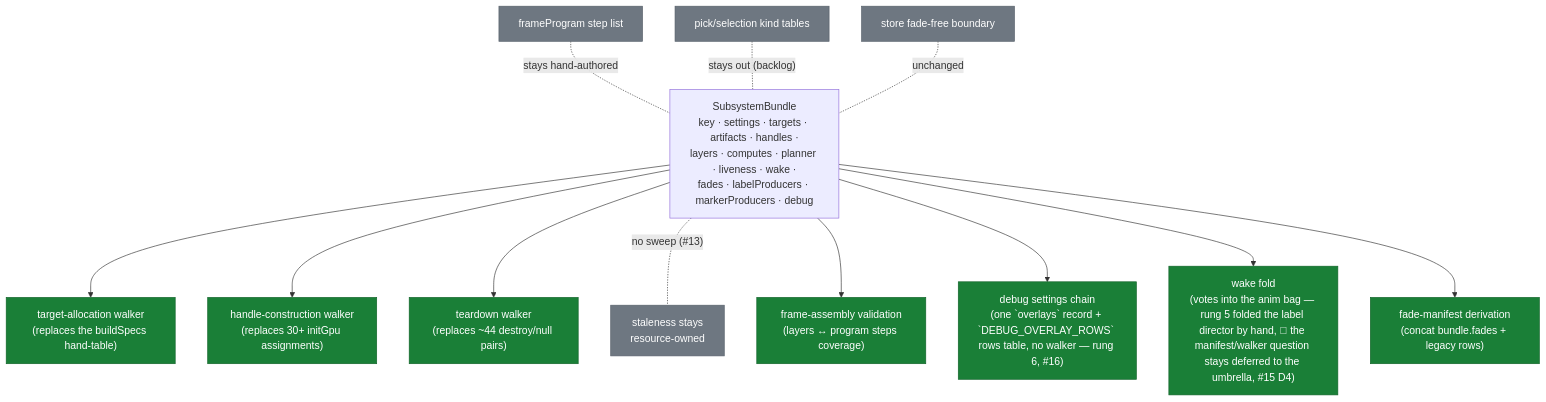
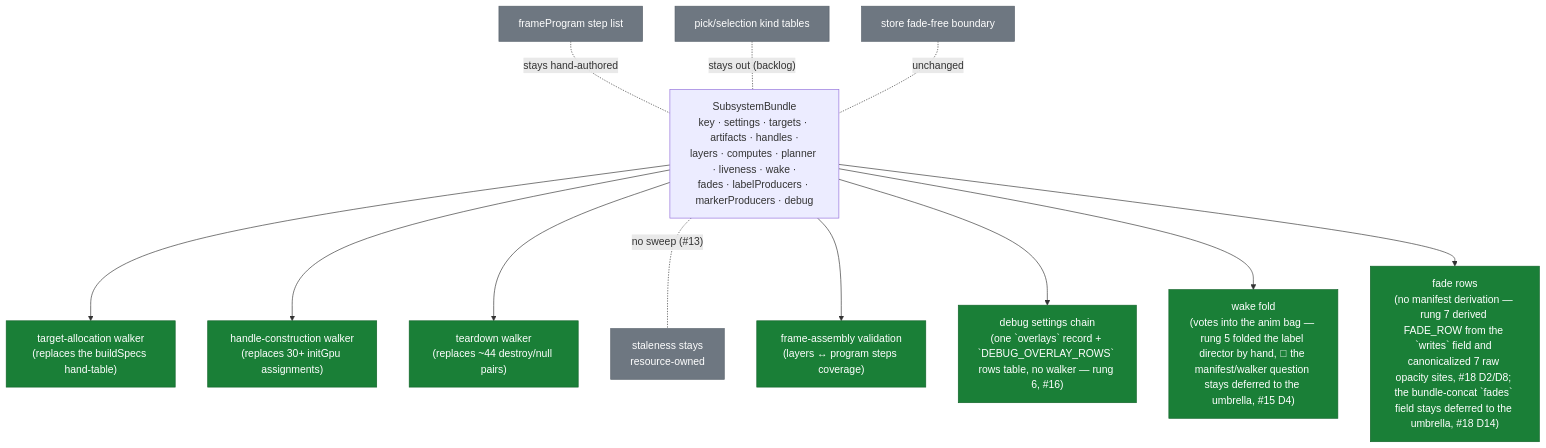
The fifth of 5 diagrams in docs/research/engine/current-contracts-map.md (rulkens/skymap), drawn with Mermaid before and after one commit. The commit also changed other lines of this file and 5 other files, not shown here.

First line of the commit message:
docs(research): decision #18 — rung 7 fade-rows rulings; discharge caption-handles backlog item

````diff
--- a/docs/research/engine/current-contracts-map.md
+++ b/docs/research/engine/current-contracts-map.md
@@ -224,19 +224,19 @@
 ```mermaid
 flowchart TD
     B["SubsystemBundle<br/>key · settings · targets · artifacts · handles ·<br/>layers · computes · planner · liveness · wake ·<br/>fades · labelProducers · markerProducers · debug"]
     B --> W1["target-allocation walker<br/>(replaces the buildSpecs hand-table)"]
     B --> W2["handle-construction walker<br/>(replaces 30+ initGpu assignments)"]
     B --> W3["teardown walker<br/>(replaces ~44 destroy/null pairs)"]
     B -. no sweep (#13) .- W4["staleness stays<br/>resource-owned"]
     B --> W5["frame-assembly validation<br/>(layers ↔ program steps coverage)"]
     B --> W6["debug settings chain<br/>(one `overlays` record + `DEBUG_OVERLAY_ROWS` rows table, no walker — rung 6, #16)"]
     B --> W7["wake fold<br/>(votes into the anim bag — rung 5 folded the label director by hand, #15; the manifest/walker question stays deferred to the umbrella, #15 D4)"]
-    B --> W8["fade-manifest derivation<br/>(concat bundle.fades + legacy rows)"]
+    B --> W8["fade rows<br/>(no manifest derivation — rung 7 derived FADE_ROW from the `writes` field and canonicalized 7 raw opacity sites, #18 D2/D8; the bundle-concat `fades` field stays deferred to the umbrella, #18 D14)"]
     FPX["frameProgram step list"] -. stays hand-authored .- B
     PICKX["pick/selection kind tables"] -. stays out (backlog) .- B
     STOREX["store fade-free boundary"] -. unchanged .- B
     classDef good fill:#1a7f37,stroke:#116329,color:#ffffff
     classDef out fill:#6e7781,stroke:#57606a,color:#ffffff
     class W1,W2,W3,W5,W6,W7,W8 good
     class W4,FPX,PICKX,STOREX out
 ```
````
